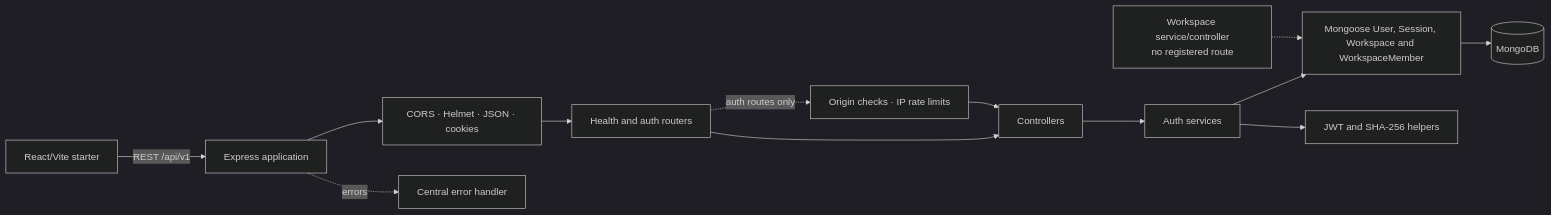
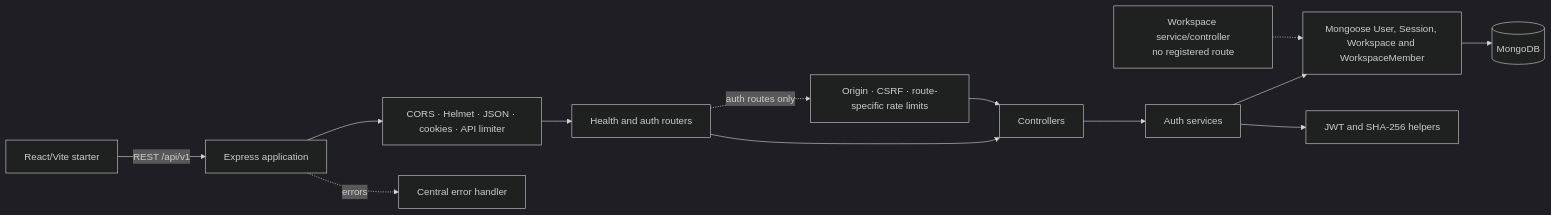
Before and after one commit to Krish-CyberSec/TeamSync: the first of 4 diagrams in docs/05_SYSTEM_ARCHITECTURE.md, drawn with Mermaid (dark theme). The commit also changed other lines of this file and 11 other files, not shown here.

Commit message:
docs: document CSRF protection and API rate limits

````diff
--- a/docs/05_SYSTEM_ARCHITECTURE.md
+++ b/docs/05_SYSTEM_ARCHITECTURE.md
@@ -29,15 +29,15 @@
 ```mermaid
 flowchart LR
   Browser["React/Vite starter"] -->|"REST /api/v1"| App["Express application"]
-  App --> MW["CORS · Helmet · JSON · cookies"]
+  App --> MW["CORS · Helmet · JSON · cookies · API limiter"]
   MW --> Routes["Health and auth routers"]
   Routes --> Controllers["Controllers"]
-  Routes -. "auth routes only" .-> Guard["Origin checks · IP rate limits"]
+  Routes -. "auth routes only" .-> Guard["Origin · CSRF · route-specific rate limits"]
   Guard --> Controllers
   Controllers --> Services["Auth services"]
   Services --> Models["Mongoose User, Session, Workspace and WorkspaceMember"]
   Services --> Tokens["JWT and SHA-256 helpers"]
   Models --> DB[("MongoDB")]
   WorkspaceCode["Workspace service/controller<br/>no registered route"] -.-> Models
   App -. errors .-> Error["Central error handler"]
 ```
````
